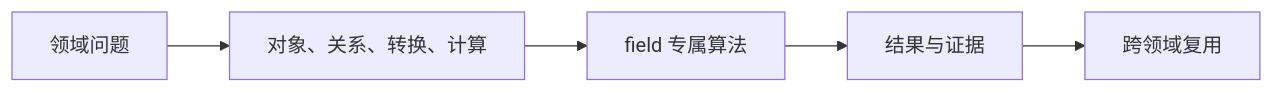
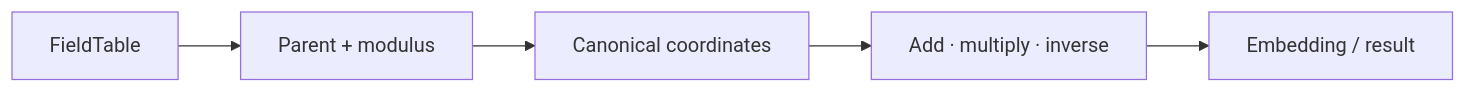
The first of 2 diagrams in projects/athena-engine/src/domains/field/readme.md (ai4waifu/athena.rs), drawn with Mermaid before and after one commit. The commit also changed other lines of this file and 21 other files, not shown here.

````diff
--- a/projects/athena-engine/src/domains/field/readme.md
+++ b/projects/athena-engine/src/domains/field/readme.md
@@ -15,7 +15,7 @@
 ```mermaid
 flowchart LR
-    Problem["领域问题"] --> Decompose["对象、关系、转换、计算"]
-    Decompose --> Algorithm["field 专属算法"]
-    Algorithm --> Evidence["结果与证据"]
-    Evidence --> Cross["跨领域复用"]
+ T["FieldTable"] --> P["Parent + modulus"]
+ P --> N["Canonical coordinates"]
+ N --> O["Add · multiply · inverse"]
+ O --> I["Embedding / result"]
 ```
````
